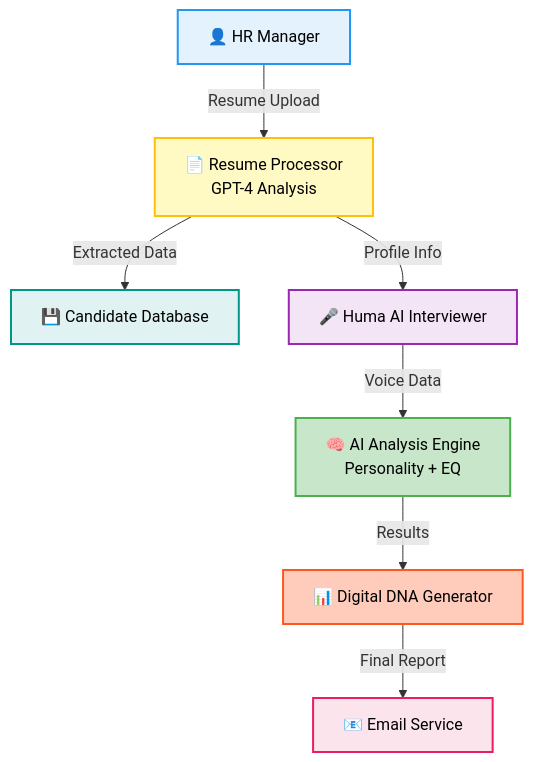
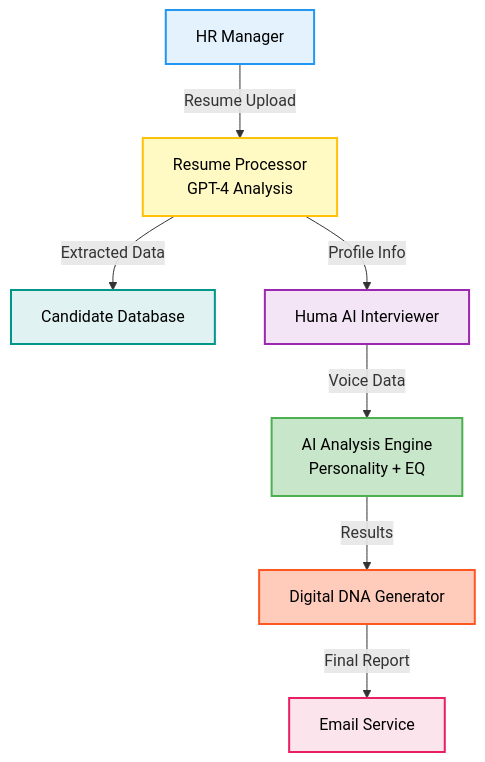
Before and after one commit to AbhishekGiri04/HR-GenAI: the diagram in README.md, drawn with Mermaid. The commit also changed other lines of this file and 1 other file, not shown here.

Commit message:
Update README.md: Add HRGenAI logo, improve styling, remove emojis from flowchart, enhance footer design

````diff
--- a/README.md
+++ b/README.md
@@ -163,17 +168,17 @@
 ```mermaid
 graph TD
-    A[👤 HR Manager] -->|Resume Upload| B[📄 Resume Processor<br/>GPT-4 Analysis]
-    B -->|Extracted Data| C[💾 Candidate Database]
-    B -->|Profile Info| D[🎤 Huma AI Interviewer]
-    D -->|Voice Data| E[🧠 AI Analysis Engine<br/>Personality + EQ]
-    E -->|Results| F[📊 Digital DNA Generator]
-    F -->|Final Report| G[📧 Email Service]
+    A[HR Manager] -->|Resume Upload| B[Resume Processor<br/>GPT-4 Analysis]
+    B -->|Extracted Data| C[Candidate Database]
+    B -->|Profile Info| D[Huma AI Interviewer]
+    D -->|Voice Data| E[AI Analysis Engine<br/>Personality + EQ]
+    E -->|Results| F[Digital DNA Generator]
+    F -->|Final Report| G[Email Service]
     
     style A fill:#E3F2FD,stroke:#2196F3,stroke-width:2px,color:#000
     style B fill:#FFF9C4,stroke:#FFC107,stroke-width:2px,color:#000
     style C fill:#E0F2F1,stroke:#009688,stroke-width:2px,color:#000
     style D fill:#F3E5F5,stroke:#9C27B0,stroke-width:2px,color:#000
     style E fill:#C8E6C9,stroke:#4CAF50,stroke-width:2px,color:#000
     style F fill:#FFCCBC,stroke:#FF5722,stroke-width:2px,color:#000
     style G fill:#FCE4EC,stroke:#E91E63,stroke-width:2px,color:#000
 ```
````
